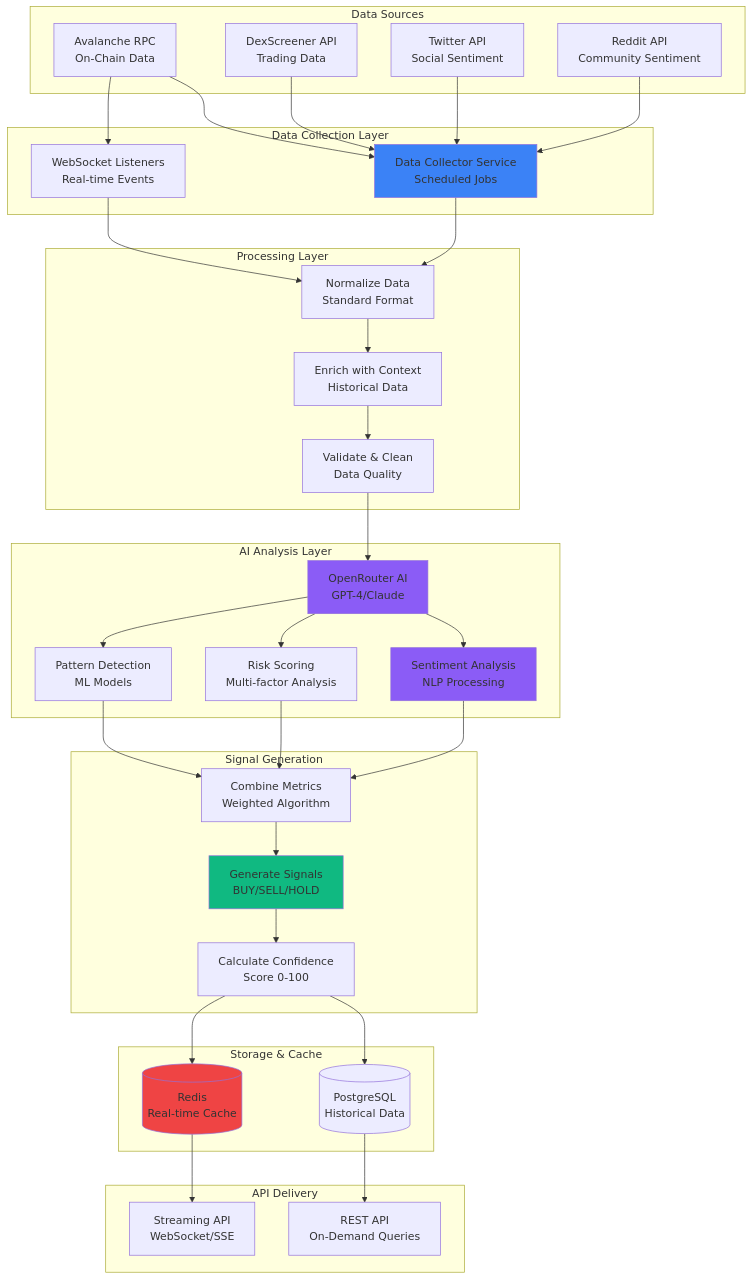
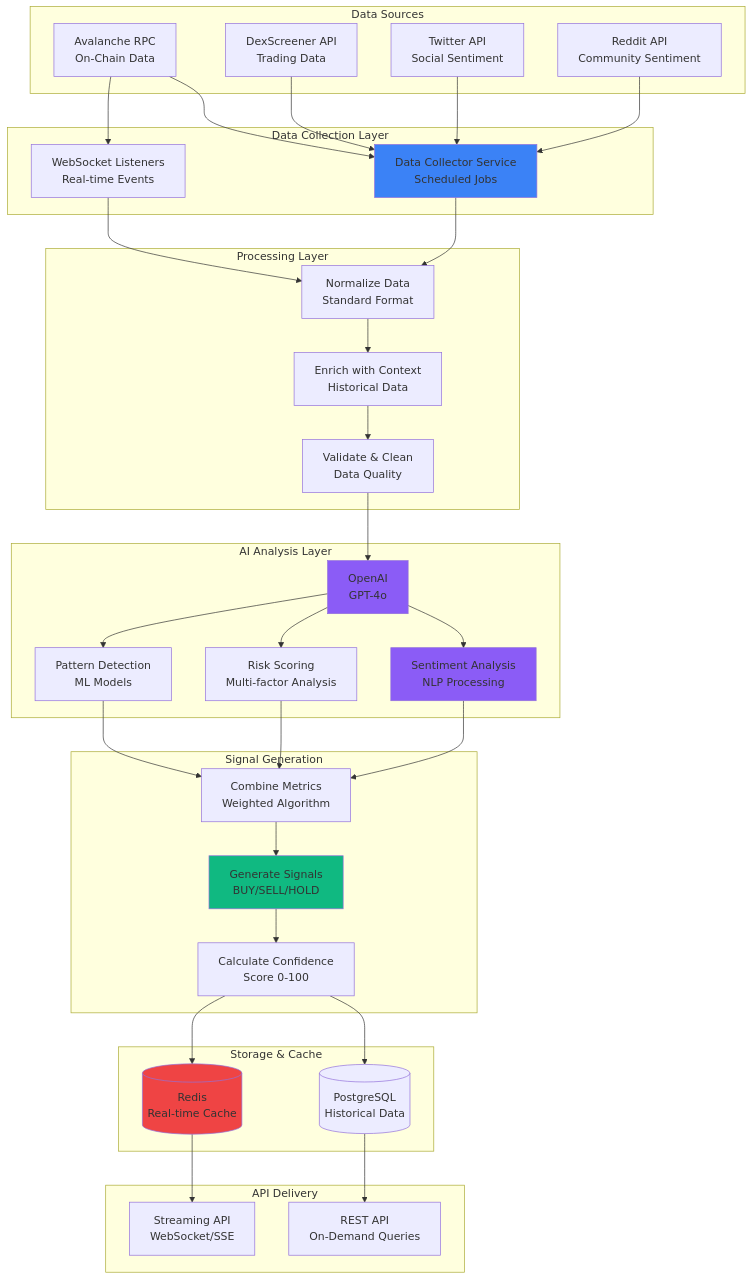
The third of 3 diagrams in docs/architecture.md (mrtinhnguyen/X402Sentinel), drawn with Mermaid before and after one commit. The commit also changed other lines of this file and 33 other files, not shown here.

````diff
--- a/docs/architecture.md
+++ b/docs/architecture.md
@@ -213,80 +213,80 @@
 ```mermaid
 graph TB
     subgraph "Data Sources"
         AVALANCHE_RPC[Avalanche RPC<br/>On-Chain Data]
         DEXSCREENER[DexScreener API<br/>Trading Data]
         TWITTER[Twitter API<br/>Social Sentiment]
         REDDIT[Reddit API<br/>Community Sentiment]
     end
     
     subgraph "Data Collection Layer"
         COLLECTOR[Data Collector Service<br/>Scheduled Jobs]
         WEBSOCKET[WebSocket Listeners<br/>Real-time Events]
     end
     
     subgraph "Processing Layer"
         NORMALIZE[Normalize Data<br/>Standard Format]
         ENRICH[Enrich with Context<br/>Historical Data]
         VALIDATE[Validate & Clean<br/>Data Quality]
     end
     
     subgraph "AI Analysis Layer"
-        OPENROUTER[OpenRouter AI<br/>GPT-4/Claude]
+        OPENAI_COMP[OpenAI<br/>GPT-4o]
         SENTIMENT[Sentiment Analysis<br/>NLP Processing]
         RISK[Risk Scoring<br/>Multi-factor Analysis]
         PATTERN[Pattern Detection<br/>ML Models]
     end
     
     subgraph "Signal Generation"
         COMBINE[Combine Metrics<br/>Weighted Algorithm]
         SIGNAL[Generate Signals<br/>BUY/SELL/HOLD]
         CONFIDENCE[Calculate Confidence<br/>Score 0-100]
     end
     
     subgraph "Storage & Cache"
         POSTGRES[(PostgreSQL<br/>Historical Data)]
         REDIS[(Redis<br/>Real-time Cache)]
     end
     
     subgraph "API Delivery"
         REST[REST API<br/>On-Demand Queries]
         STREAM[Streaming API<br/>WebSocket/SSE]
     end
     
     AVALANCHE_RPC --> COLLECTOR
     DEXSCREENER --> COLLECTOR
     TWITTER --> COLLECTOR
     REDDIT --> COLLECTOR
     
     AVALANCHE_RPC --> WEBSOCKET
     
     COLLECTOR --> NORMALIZE
     WEBSOCKET --> NORMALIZE
     
     NORMALIZE --> ENRICH
     ENRICH --> VALIDATE
     
-    VALIDATE --> OPENROUTER
-    OPENROUTER --> SENTIMENT
-    OPENROUTER --> RISK
-    OPENROUTER --> PATTERN
+    VALIDATE --> OPENAI_COMP
+    OPENAI_COMP --> SENTIMENT
+    OPENAI_COMP --> RISK
+    OPENAI_COMP --> PATTERN
     
     SENTIMENT --> COMBINE
     RISK --> COMBINE
     PATTERN --> COMBINE
     
     COMBINE --> SIGNAL
     SIGNAL --> CONFIDENCE
     
     CONFIDENCE --> POSTGRES
     CONFIDENCE --> REDIS
     
     POSTGRES --> REST
     REDIS --> STREAM
     
     style COLLECTOR fill:#3b82f6
-    style OPENROUTER fill:#8b5cf6
+    style OPENAI_COMP fill:#8b5cf6
     style SENTIMENT fill:#8b5cf6
     style SIGNAL fill:#10b981
     style REDIS fill:#ef4444
 ```
````
